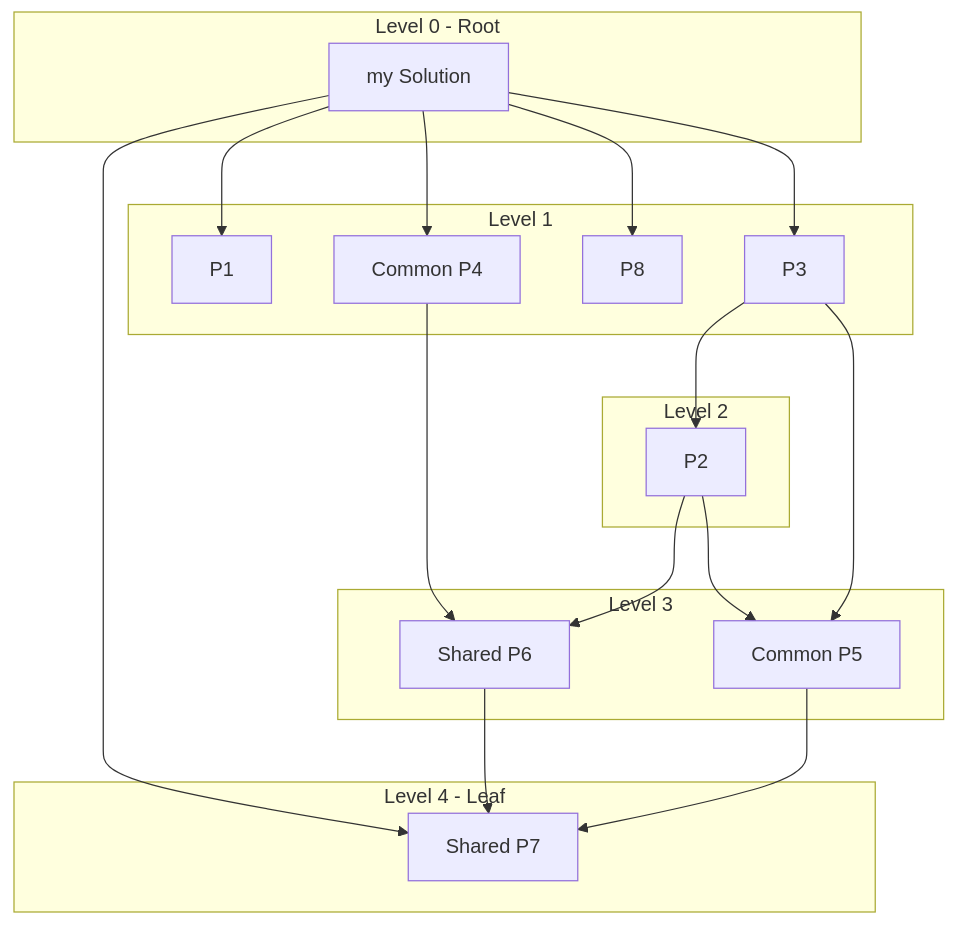
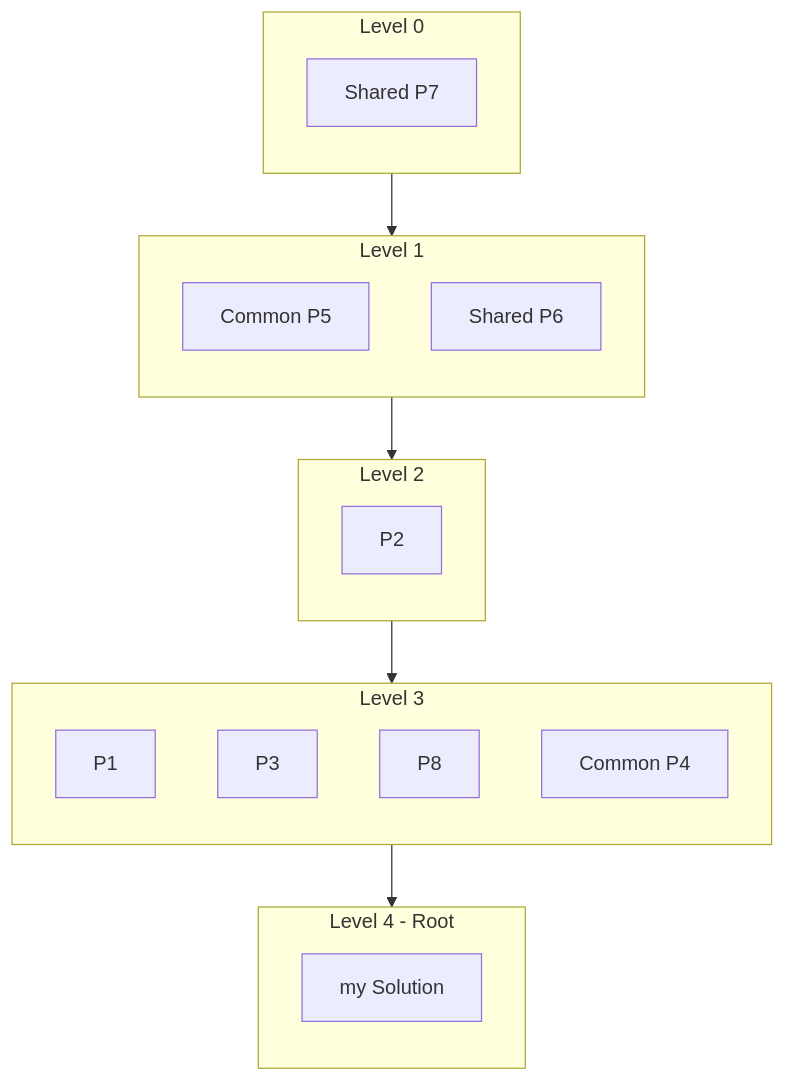
Before and after one commit to Shaikh-Imran/DeeplyDepBuilder: the sixth of 6 diagrams in README.md, drawn with Mermaid. The commit also changed other lines of this file and 1 other file, not shown here.

Commit message:
updated readme and mermaid flowchart flow

````diff
--- a/README.md
+++ b/README.md
@@ -190,44 +182,38 @@
 ```mermaid
 flowchart TD
 
-subgraph Level0["Level 0 - Root"]
-MS["my Solution"]
-end
+    subgraph Level0["Level 0"]
+        direction TB
+        P7["Shared P7"]
+    end
 
-subgraph Level1["Level 1"]
-P1["P1"]
-P3["P3"]
-P8["P8"]
-P4["Common P4"]
-end
+    subgraph Level1["Level 1"]
+        direction TB
+        P5["Common P5"]
+        P6["Shared P6"]
+    end
 
-subgraph Level2["Level 2"]
-P2["P2"]
-end
+    subgraph Level2["Level 2"]
+        direction TB
+        P2["P2"]
+    end
 
-subgraph Level3["Level 3"]
-P5["Common P5"]
-P6["Shared P6"]
-end
+    subgraph Level3["Level 3"]
+        direction TB
+        P1["P1"]
+        P3["P3"]
+        P8["P8"]
+        P4["Common P4"]
+    end
 
-subgraph Level4["Level 4 - Leaf"]
-P7["Shared P7"]
-end
+    subgraph Level4["Level 4 - Root"]
+        direction TB
+        MS["my Solution"]
+    end
 
-MS --> P1
-MS --> P3
-MS --> P8
-MS --> P4
-MS --> P7
+Level0 --> Level1
+Level1 --> Level2
+Level2 --> Level3
+Level3 --> Level4
 
-P3 --> P2
-
-P2 --> P5
-P3 --> P5
-
-P4 --> P6
-P2 --> P6
-
-P6 --> P7
-P5 --> P7
 ```
````
